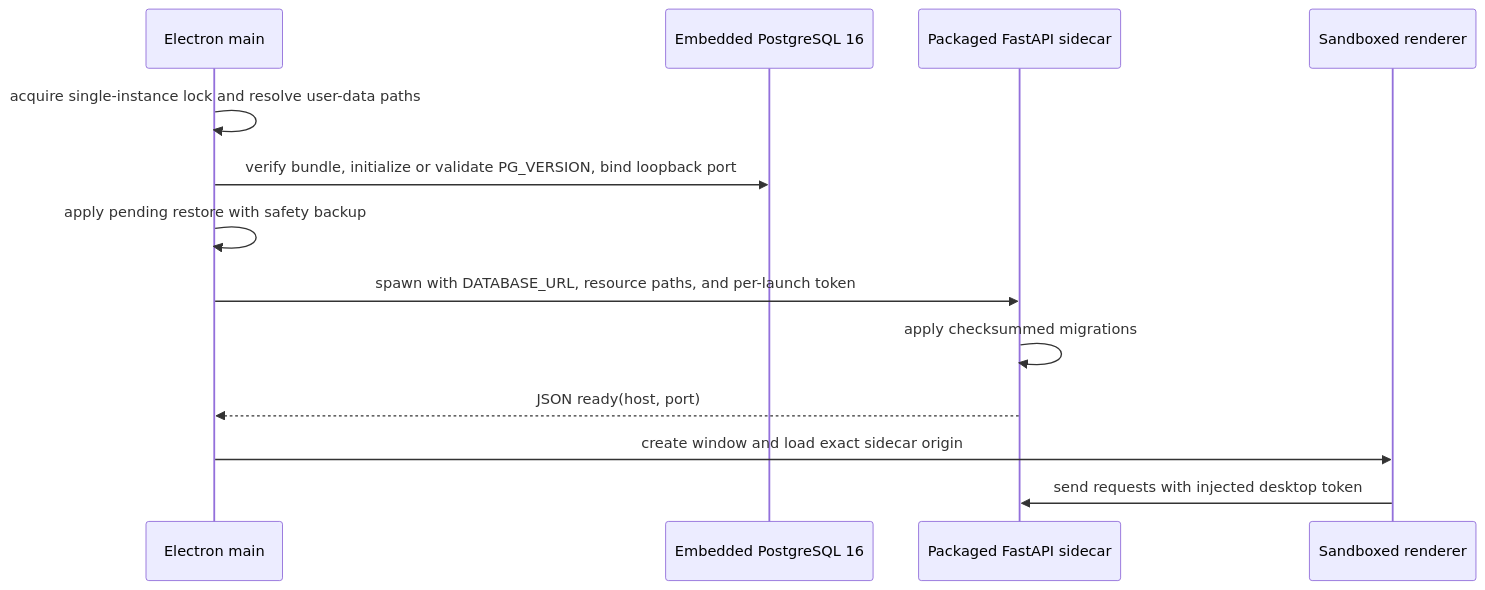
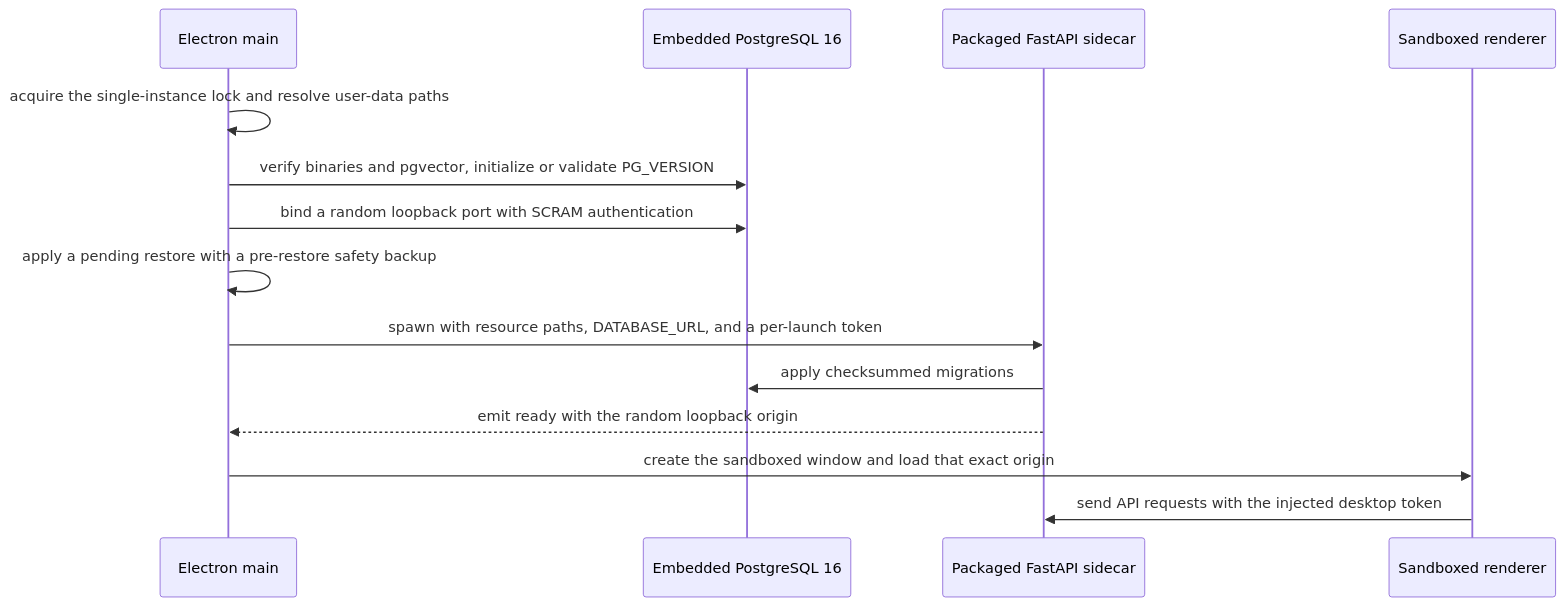
The second of 9 diagrams in docs/TECHNICAL_DOCUMENTATION.md (KaiusJin/WeCanFindIntern), drawn with Mermaid before and after one commit. The commit also changed other lines of this file and 17 other files, not shown here.

````diff
--- a/docs/TECHNICAL_DOCUMENTATION.md
+++ b/docs/TECHNICAL_DOCUMENTATION.md
@@ -88,15 +95,16 @@
 ```mermaid
 sequenceDiagram
     participant E as Electron main
     participant P as Embedded PostgreSQL 16
     participant B as Packaged FastAPI sidecar
     participant R as Sandboxed renderer
-    E->>E: acquire single-instance lock and resolve user-data paths
-    E->>P: verify bundle, initialize or validate PG_VERSION, bind loopback port
-    E->>E: apply pending restore with safety backup
-    E->>B: spawn with DATABASE_URL, resource paths, and per-launch token
-    B->>B: apply checksummed migrations
-    B-->>E: JSON ready(host, port)
-    E->>R: create window and load exact sidecar origin
-    R->>B: send requests with injected desktop token
+    E->>E: acquire the single-instance lock and resolve user-data paths
+    E->>P: verify binaries and pgvector, initialize or validate PG_VERSION
+    E->>P: bind a random loopback port with SCRAM authentication
+    E->>E: apply a pending restore with a pre-restore safety backup
+    E->>B: spawn with resource paths, DATABASE_URL, and a per-launch token
+    B->>P: apply checksummed migrations
+    B-->>E: emit ready with the random loopback origin
+    E->>R: create the sandboxed window and load that exact origin
+    R->>B: send API requests with the injected desktop token
 ```
````
